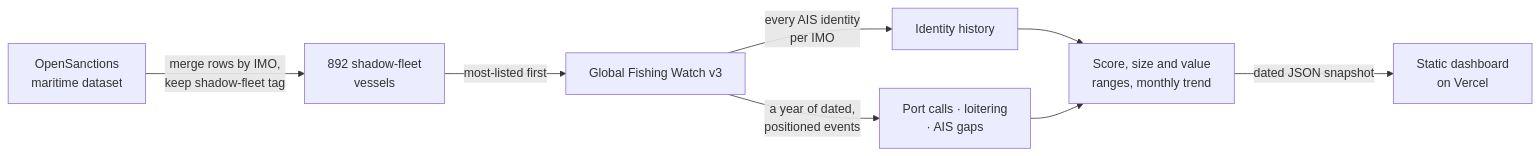
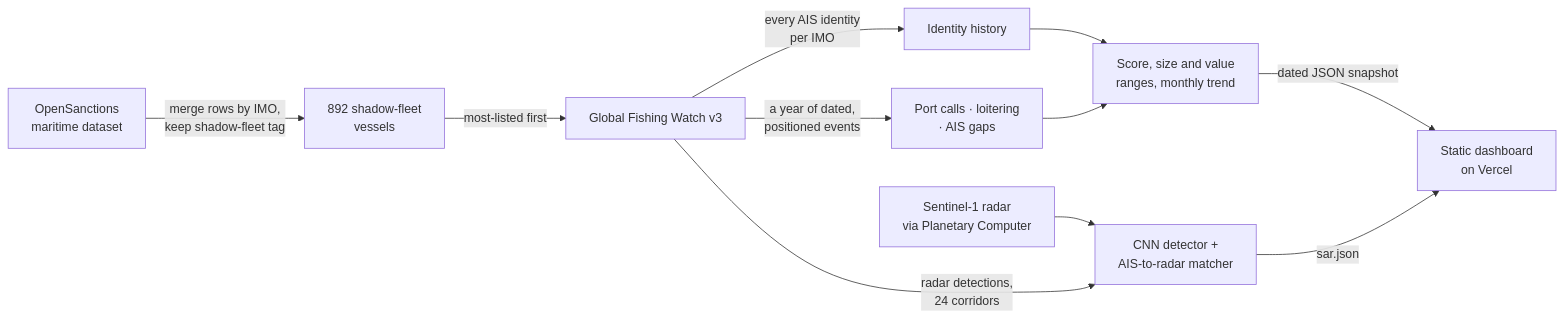
Before and after one commit to aaaditt/ghost-fleet: the diagram in README.md, drawn with Mermaid. The commit also changed other lines of this file and 28 other files, not shown here.

````diff
--- a/README.md
+++ b/README.md
@@ -103,10 +118,13 @@
 ```mermaid
 flowchart LR
     A[OpenSanctions<br/>maritime dataset] -->|merge rows by IMO,<br/>keep shadow-fleet tag| B[892 shadow-fleet<br/>vessels]
     B -->|most-listed first| C[Global Fishing Watch v3]
     C -->|every AIS identity<br/>per IMO| D[Identity history]
     C -->|a year of dated,<br/>positioned events| E[Port calls · loitering<br/>· AIS gaps]
     D --> F[Score, size and value<br/>ranges, monthly trend]
     E --> F
     F -->|dated JSON snapshot| G[Static dashboard<br/>on Vercel]
+    H[Sentinel-1 radar<br/>via Planetary Computer] --> I[CNN detector +<br/>AIS-to-radar matcher]
+    C -->|radar detections,<br/>24 corridors| I
+    I -->|sar.json| G
 ```
````
